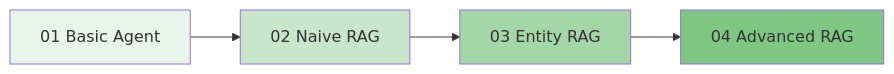
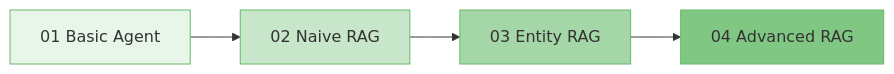
Before and after one commit to Ranponim/rag_agent: the diagram in README.md, drawn with Mermaid. The commit also changed other lines of this file and 6 other files, not shown here.

````diff
--- a/README.md
+++ b/README.md
@@ -111,11 +97,11 @@
 ```mermaid
 graph LR
     A[01 Basic Agent] --> B[02 Naive RAG]
     B --> C[03 Entity RAG]
     C --> D[04 Advanced RAG]
     
-    style A fill:#e8f5e9
-    style B fill:#c8e6c9
-    style C fill:#a5d6a7
-    style D fill:#81c784
+    style A fill:#e8f5e9,stroke:#66bb6a
+    style B fill:#c8e6c9,stroke:#66bb6a
+    style C fill:#a5d6a7,stroke:#66bb6a
+    style D fill:#81c784,stroke:#66bb6a
 ```
````
